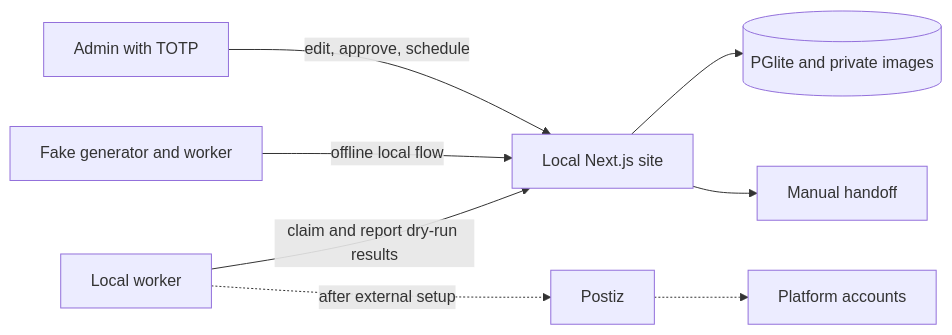
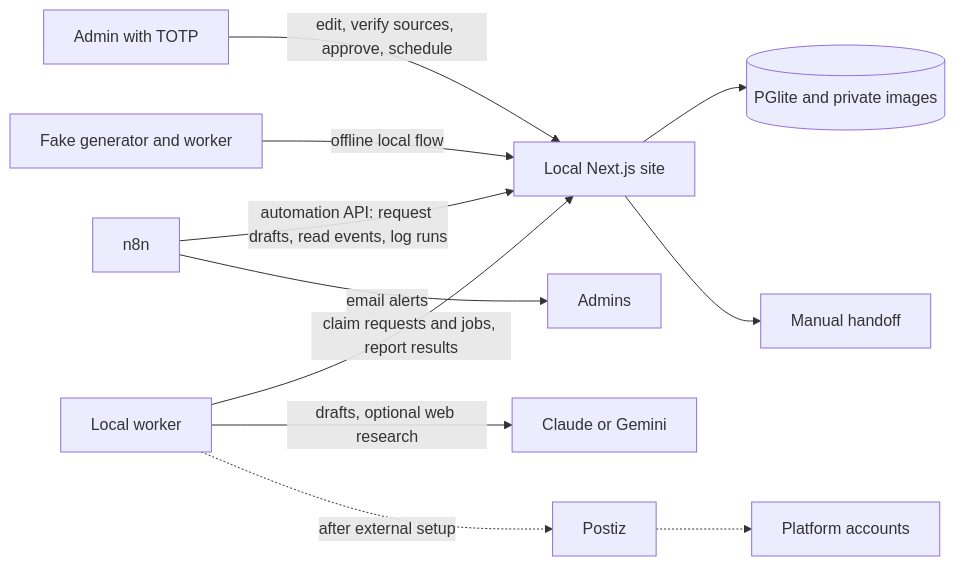
One commit to alediscoveringcoding/Agent_social changed the first of 2 diagrams in README.md. Above: the diagram before and after it, drawn with Mermaid. The commit also changed other lines of this file, not shown here.

First line of the commit message:
README: current status, progress per amendment, n8n and sources in the overview

````diff
--- a/README.md
+++ b/README.md
@@ -30,10 +34,13 @@
 ```mermaid
 flowchart LR
-  A[Admin with TOTP] -->|edit, approve, schedule| S[Local Next.js site]
+  A[Admin with TOTP] -->|edit, verify sources, approve, schedule| S[Local Next.js site]
+  N[n8n] -->|automation API: request drafts, read events, log runs| S
+  N -->|email alerts| E[Admins]
   F[Fake generator and worker] -->|offline local flow| S
   S --> DB[(PGlite and private images)]
   S --> M[Manual handoff]
-  W[Local worker] -->|claim and report dry-run results| S
+  W[Local worker] -->|claim requests and jobs, report results| S
+  W -->|drafts, optional web research| AI[Claude or Gemini]
   W -.->|after external setup| P[Postiz]
   P -.-> PL[Platform accounts]
 ```
````
